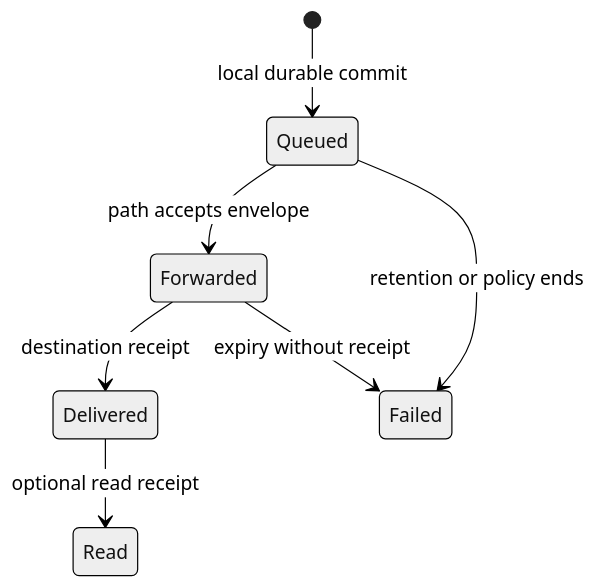
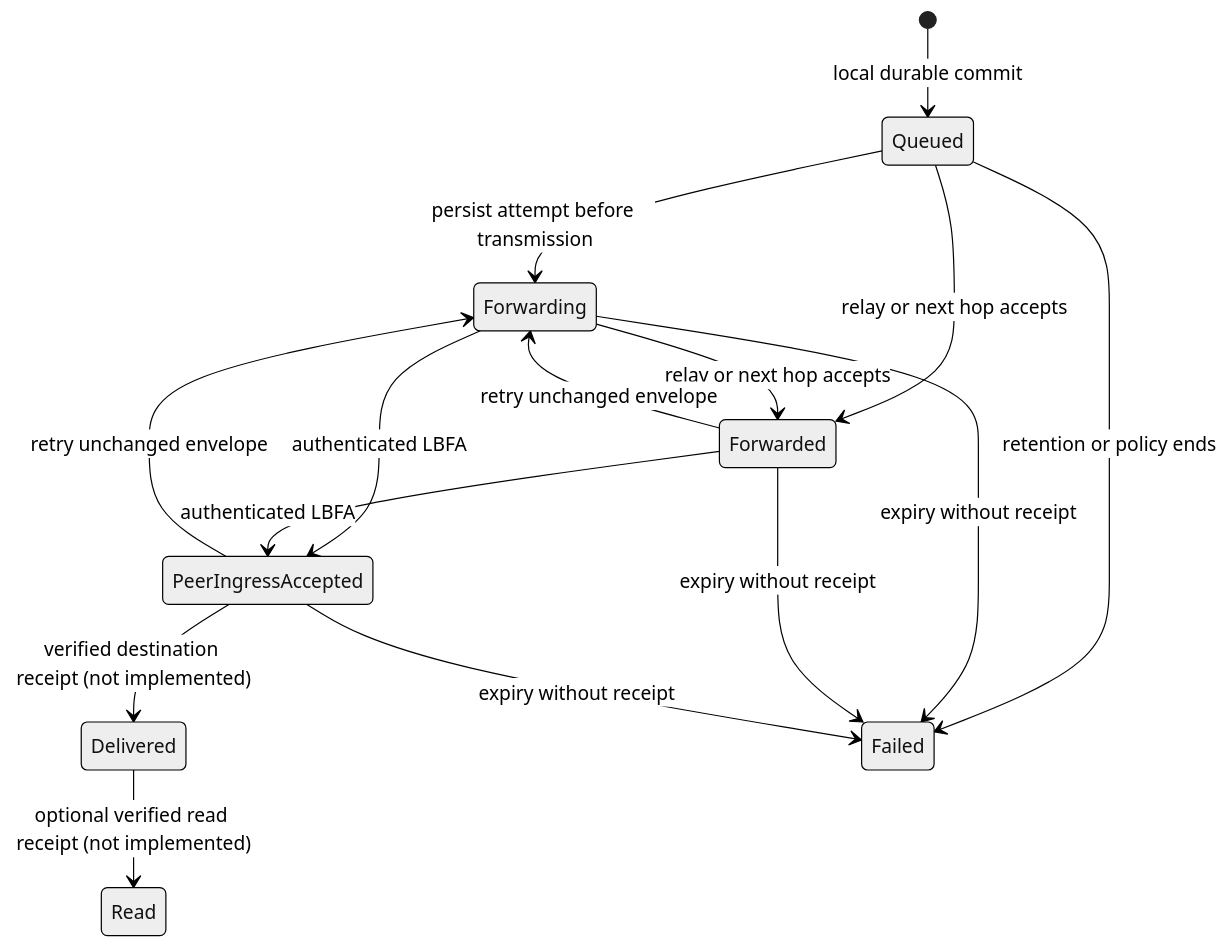
The first of 2 diagrams in docs/data/DATA_MODEL.md (Astraive/lattice), drawn with Mermaid (neutral theme) before and after one commit. The commit also changed other lines of this file and 19 other files, not shown here.

Commit message:
Correct BLE peer ingress receipt semantics

````diff
--- a/docs/data/DATA_MODEL.md
+++ b/docs/data/DATA_MODEL.md
@@ -25,9 +25,17 @@
 ```mermaid
 stateDiagram-v2
     [*] --> Queued: local durable commit
-    Queued --> Forwarded: path accepts envelope
-    Forwarded --> Delivered: destination receipt
-    Delivered --> Read: optional read receipt
+    Queued --> Forwarding: persist attempt before transmission
+    Queued --> Forwarded: relay or next hop accepts
+    Forwarding --> Forwarded: relay or next hop accepts
+    Forwarding --> PeerIngressAccepted: authenticated LBFA
+    Forwarded --> PeerIngressAccepted: authenticated LBFA
+    PeerIngressAccepted --> Forwarding: retry unchanged envelope
+    Forwarded --> Forwarding: retry unchanged envelope
+    PeerIngressAccepted --> Delivered: verified destination receipt (not implemented)
+    Delivered --> Read: optional verified read receipt (not implemented)
     Queued --> Failed: retention or policy ends
+    Forwarding --> Failed: expiry without receipt
     Forwarded --> Failed: expiry without receipt
+    PeerIngressAccepted --> Failed: expiry without receipt
 ```
````
